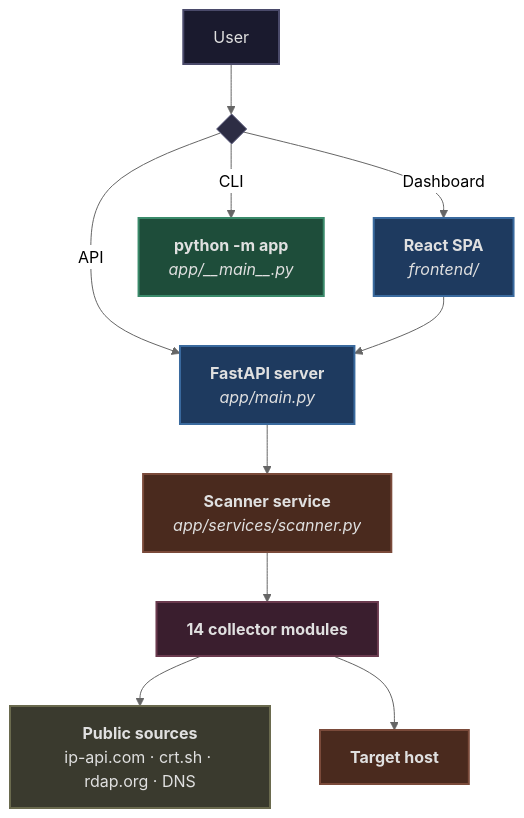
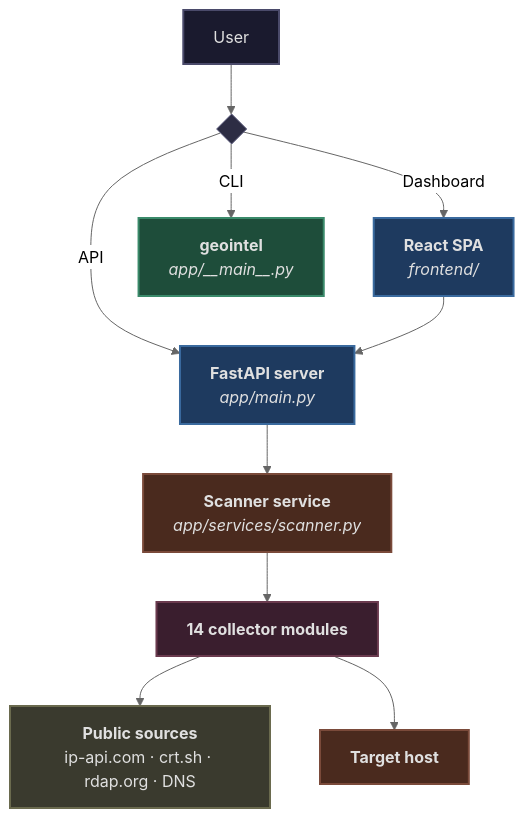
Before and after one commit to zanesense/geointel: the diagram in README.md, drawn with Mermaid (neutral theme). The commit also changed other lines of this file and 1 other file, not shown here.

Commit message:
Update README and DocsPage with geointel CLI subcommands, config, completion

````diff
--- a/README.md
+++ b/README.md
@@ -62,25 +62,25 @@
 ```mermaid
 flowchart TD
     U[User] --> D{ }
 
     D -- Dashboard --> R["<b>React SPA</b><br/><i>frontend/</i>"]
-    D -- CLI --> C["<b>python -m app</b><br/><i>app/__main__.py</i>"]
+    D -- CLI --> C["<b>geointel</b><br/><i>app/__main__.py</i>"]
     D -- API --> F["<b>FastAPI server</b><br/><i>app/main.py</i>"]
 
     R --> F
     F --> S["<b>Scanner service</b><br/><i>app/services/scanner.py</i>"]
     S --> M["<b>14 collector modules</b>"]
 
     M --> P["<b>Public sources</b><br/>ip-api.com · crt.sh · rdap.org · DNS"]
     M --> T["<b>Target host</b>"]
 
     style U fill:#1a1a2e,stroke:#4a4a6a,color:#e0e0e0,stroke-width:2px
     style D fill:#2d2d44,stroke:#555577,color:#cccccc,stroke-width:1px
     style R fill:#1e3a5f,stroke:#3a6a9e,color:#e0e0e0,stroke-width:2px
     style C fill:#1e4d3a,stroke:#3a8a6a,color:#e0e0e0,stroke-width:2px
     style F fill:#1e3a5f,stroke:#3a6a9e,color:#e0e0e0,stroke-width:2px
     style S fill:#4a2a1e,stroke:#7a4a3a,color:#e0e0e0,stroke-width:2px
     style M fill:#3a1e2e,stroke:#6a3a4e,color:#e0e0e0,stroke-width:2px
     style P fill:#3a3a2e,stroke:#6a6a4e,color:#e0e0e0,stroke-width:2px
     style T fill:#4a2a1e,stroke:#7a4a3a,color:#e0e0e0,stroke-width:2px
 ```
````
